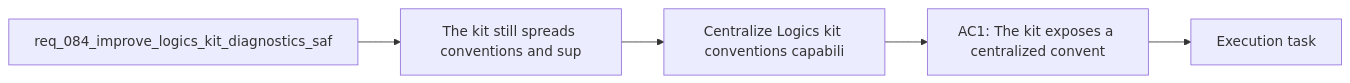
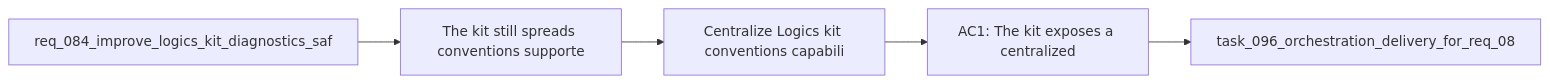
One commit to AlexAgo83/logics-manager changed the diagram in logics/backlog/item_126_centralize_logics_kit_conventions_capability_registry_and_machine_readable_release_metadata.md. Above: the diagram before and after it, drawn with Mermaid. The commit also changed 481 other files, not shown here.

````diff
--- a/logics/backlog/item_126_centralize_logics_kit_conventions_capability_registry_and_machine_readable_release_metadata.md
+++ b/logics/backlog/item_126_centralize_logics_kit_conventions_capability_registry_and_machine_readable_release_metadata.md
@@ -26,9 +26,9 @@
 ```mermaid
 %% logics-kind: backlog
 %% logics-signature: backlog|centralize-logics-kit-conventions-capabi|req-084-improve-logics-kit-diagnostics-s|the-kit-still-spreads-conventions-suppor|ac1-the-kit-exposes-a-centralized
 flowchart LR
-    Request[req_084_improve_logics_kit_diagnostics_saf] --> Problem[The kit still spreads conventions and sup]
+    Request[req_084_improve_logics_kit_diagnostics_saf] --> Problem[The kit still spreads conventions supporte]
     Problem --> Scope[Centralize Logics kit conventions capabili]
-    Scope --> Acceptance[AC1: The kit exposes a centralized convent]
-    Acceptance --> Tasks[Execution task]
+    Scope --> Acceptance[AC1: The kit exposes a centralized]
+    Acceptance --> Tasks[task_096_orchestration_delivery_for_req_08]
 ```
````
